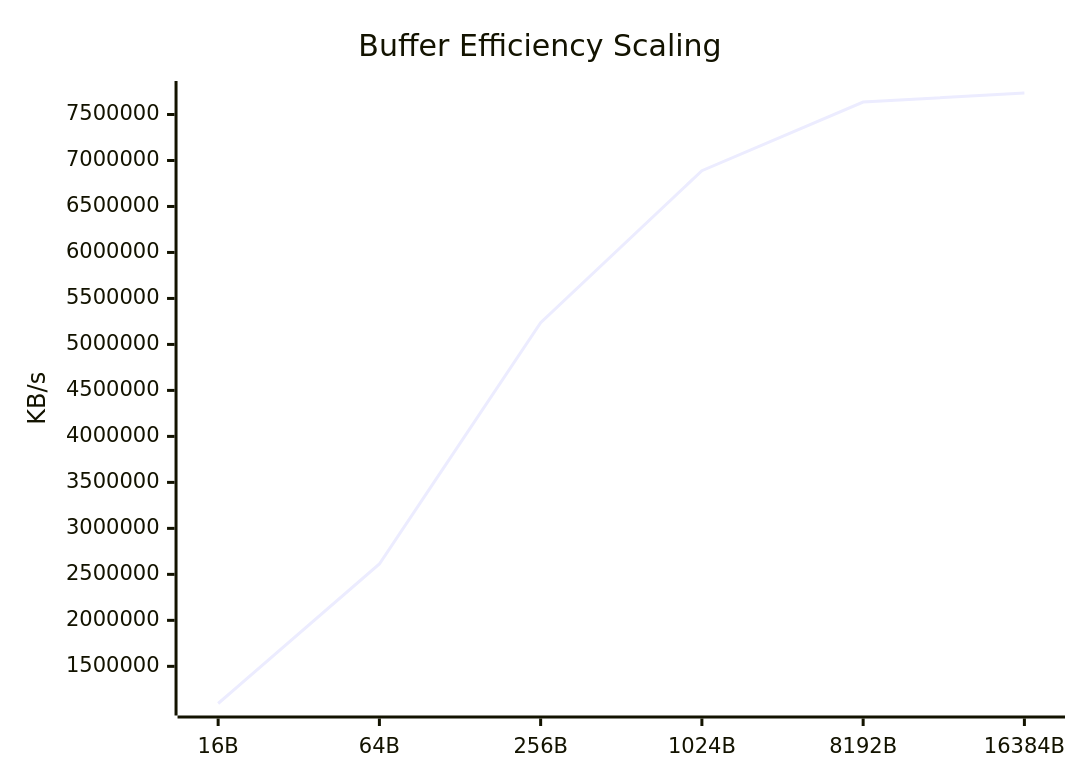
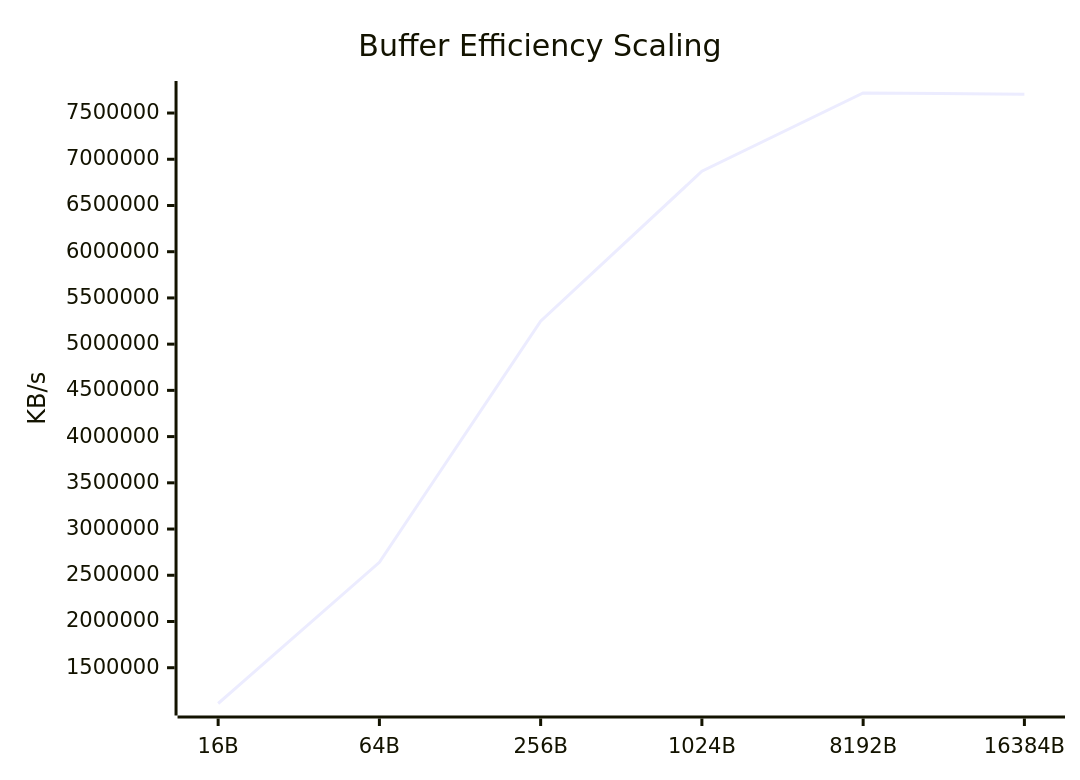
The eighth of 9 diagrams in docs/Comparison_Report.md (taha2samy/openssl_fips), drawn with Mermaid before and after one commit. The commit also changed other lines of this file and 2 other files, not shown here.

````diff
--- a/docs/Comparison_Report.md
+++ b/docs/Comparison_Report.md
@@ -118,7 +118,7 @@
 ```mermaid
 xychart-beta
     title "Buffer Efficiency Scaling"
     x-axis [16B, 64B, 256B, 1024B, 8192B, 16384B]
     y-axis "KB/s"
-    line [1095997.1, 2613066.19, 5236055.65, 6888637.24, 7635758.28, 7733601.89]
+    line [1112888.36, 2639727.81, 5249106.43, 6870168.06, 7716728.83, 7704436.74]
 ```
````
